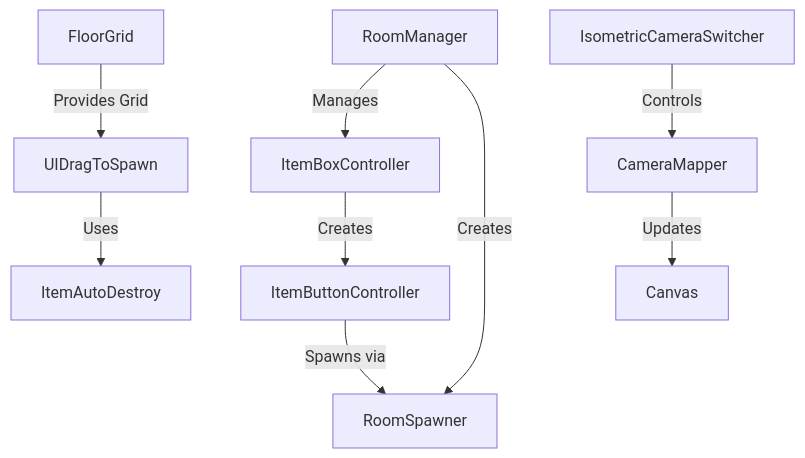
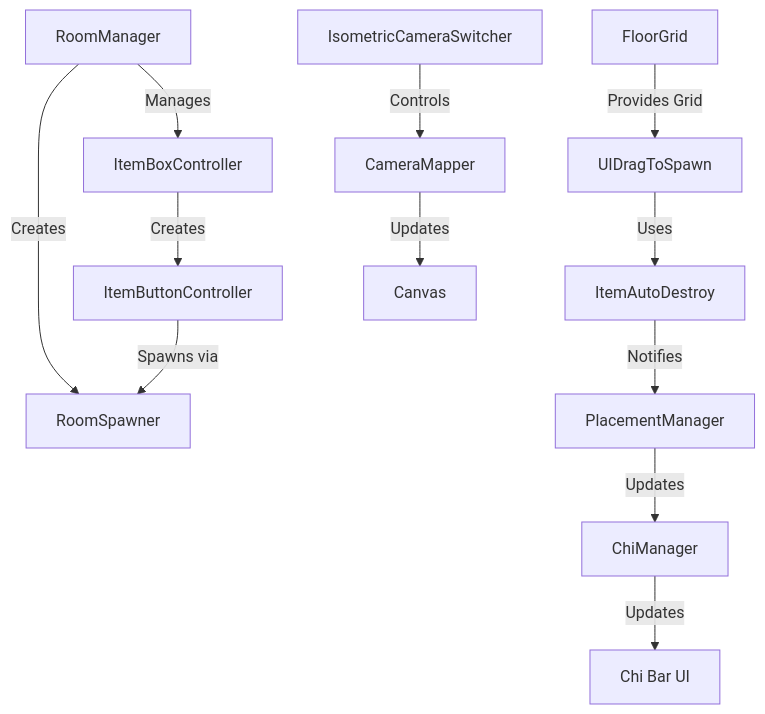
The diagram in system.md (sswvictor/Greg-s-Room), drawn with Mermaid before and after one commit. The commit also changed other lines of this file, not shown here.

Commit message:
chi works! updated context

````diff
--- a/system.md
+++ b/system.md
@@ -5,11 +5,14 @@
 ```mermaid
 graph TD
     RoomManager[RoomManager] --> |Manages| ItemBoxController
     RoomManager --> |Creates| RoomSpawner
     ItemBoxController --> |Creates| ItemButtonController
     ItemButtonController --> |Spawns via| RoomSpawner
     UIDragToSpawn --> |Uses| ItemAutoDestroy
     FloorGrid --> |Provides Grid| UIDragToSpawn
     IsometricCameraSwitcher --> |Controls| CameraMapper
     CameraMapper --> |Updates| Canvas
+    ItemAutoDestroy --> |Notifies| PlacementManager
+    PlacementManager --> |Updates| ChiManager
+    ChiManager --> |Updates| ChiBarUI[Chi Bar UI]
 ```
````
